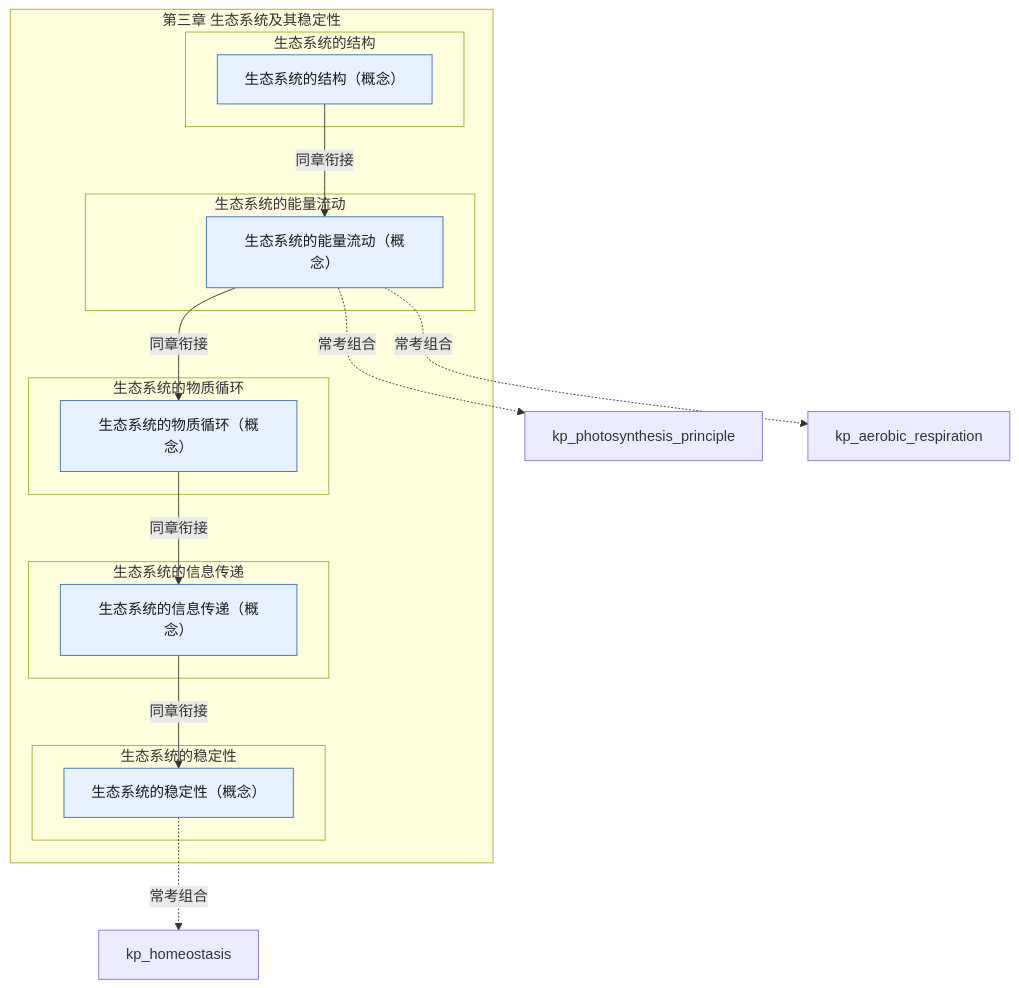
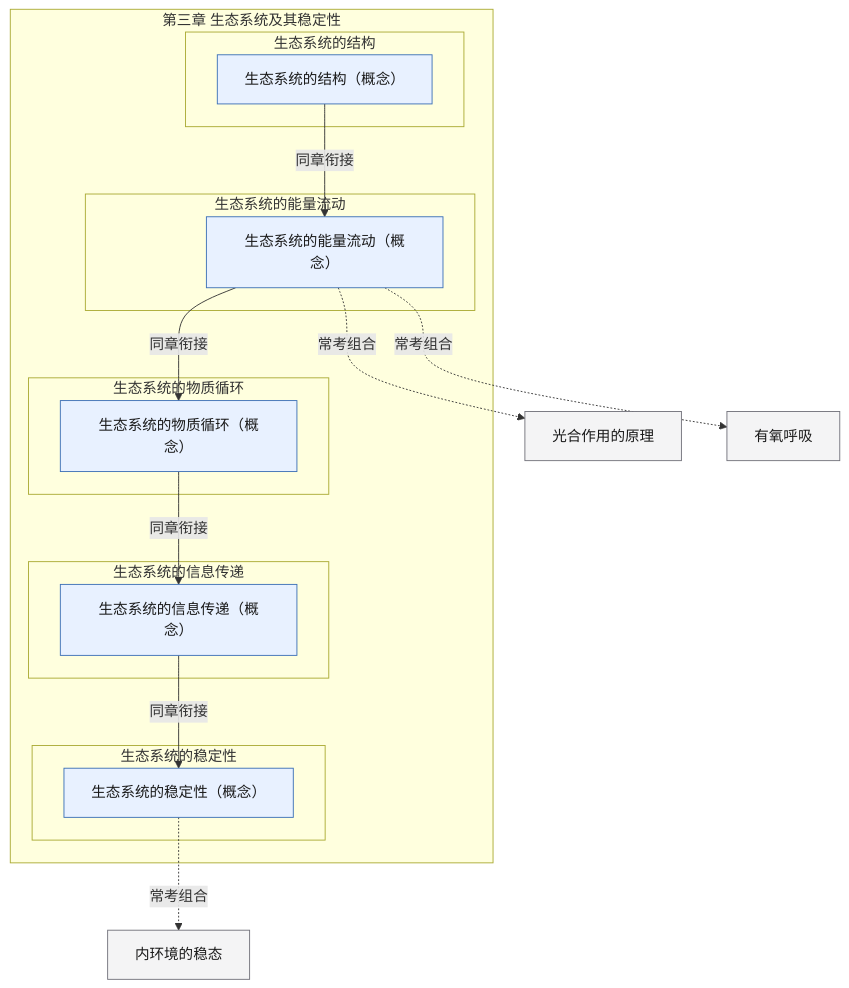
Before and after one commit to lihenair/high-school-ai-tutor-skill: the diagram in skills/high-school-ai-tutor/references/pep-bio-xbx2-ch3.md, drawn with Mermaid. The commit also changed 20 other files, not shown here.

Commit message:
feat(graph): 跨章常考组合渲染为中文显示名（灰色外部节点），不再显示英文代号

````diff
--- a/skills/high-school-ai-tutor/references/pep-bio-xbx2-ch3.md
+++ b/skills/high-school-ai-tutor/references/pep-bio-xbx2-ch3.md
@@ -5,31 +5,31 @@
 ```mermaid
 flowchart TD
   classDef concept fill:#E8F1FF,stroke:#3B6FB6,color:#1A1A1A
   classDef skill fill:#E7F6EE,stroke:#2E7D4F,color:#1A1A1A
   classDef experiment fill:#FFF4E5,stroke:#C47B17,color:#1A1A1A
   classDef later fill:#F4F4F5,stroke:#71717A,color:#1A1A1A
   subgraph ch["第三章 生态系统及其稳定性"]
     subgraph s1["生态系统的结构"]
       kp_ecosystem_structure["生态系统的结构（概念）"]:::concept
     end
     subgraph s2["生态系统的能量流动"]
       kp_energy_flow["生态系统的能量流动（概念）"]:::concept
     end
     subgraph s3["生态系统的物质循环"]
       kp_material_cycle["生态系统的物质循环（概念）"]:::concept
     end
     subgraph s4["生态系统的信息传递"]
       kp_information_transfer["生态系统的信息传递（概念）"]:::concept
     end
     subgraph s5["生态系统的稳定性"]
       kp_ecosystem_stability["生态系统的稳定性（概念）"]:::concept
     end
   end
   kp_ecosystem_structure -->|同章衔接| kp_energy_flow
   kp_energy_flow -->|同章衔接| kp_material_cycle
   kp_material_cycle -->|同章衔接| kp_information_transfer
   kp_information_transfer -->|同章衔接| kp_ecosystem_stability
-  kp_energy_flow -.->|常考组合| kp_photosynthesis_principle
-  kp_ecosystem_stability -.->|常考组合| kp_homeostasis
-  kp_energy_flow -.->|常考组合| kp_aerobic_respiration
+  kp_energy_flow -.->|常考组合| kp_photosynthesis_principle["光合作用的原理"]:::later
+  kp_ecosystem_stability -.->|常考组合| kp_homeostasis["内环境的稳态"]:::later
+  kp_energy_flow -.->|常考组合| kp_aerobic_respiration["有氧呼吸"]:::later
 ```
````
